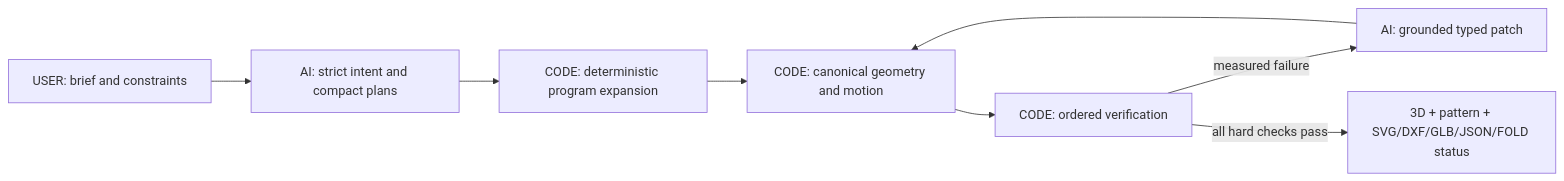
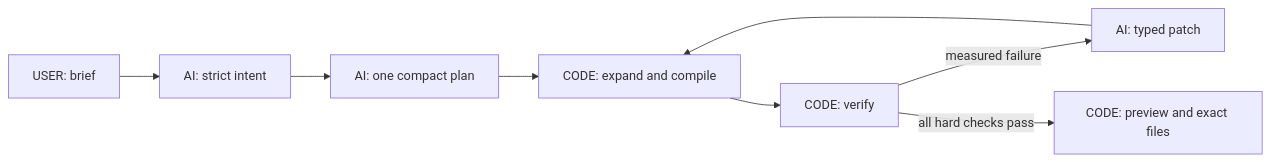
The diagram in README.md (BhavyaAk25/FoldForge), drawn with Mermaid before and after one commit. The commit also changed other lines of this file and 55 other files, not shown here.

````diff
--- a/README.md
+++ b/README.md
@@ -34,10 +40,10 @@
 ```mermaid
 flowchart LR
-    U["USER: brief and constraints"] --> A["AI: strict intent and compact plans"]
-    A --> E["CODE: deterministic program expansion"]
-    E --> C["CODE: canonical geometry and motion"]
-    C --> V["CODE: ordered verification"]
-    V -->|measured failure| R["AI: grounded typed patch"]
+    U["USER: brief"] --> I["AI: strict intent"]
+    I --> P["AI: one compact plan"]
+    P --> C["CODE: expand and compile"]
+    C --> V["CODE: verify"]
+    V -->|"measured failure"| R["AI: typed patch"]
     R --> C
-    V -->|all hard checks pass| X["3D + pattern + SVG/DXF/GLB/JSON/FOLD status"]
+    V -->|"all hard checks pass"| X["CODE: preview and exact files"]
 ```
````
